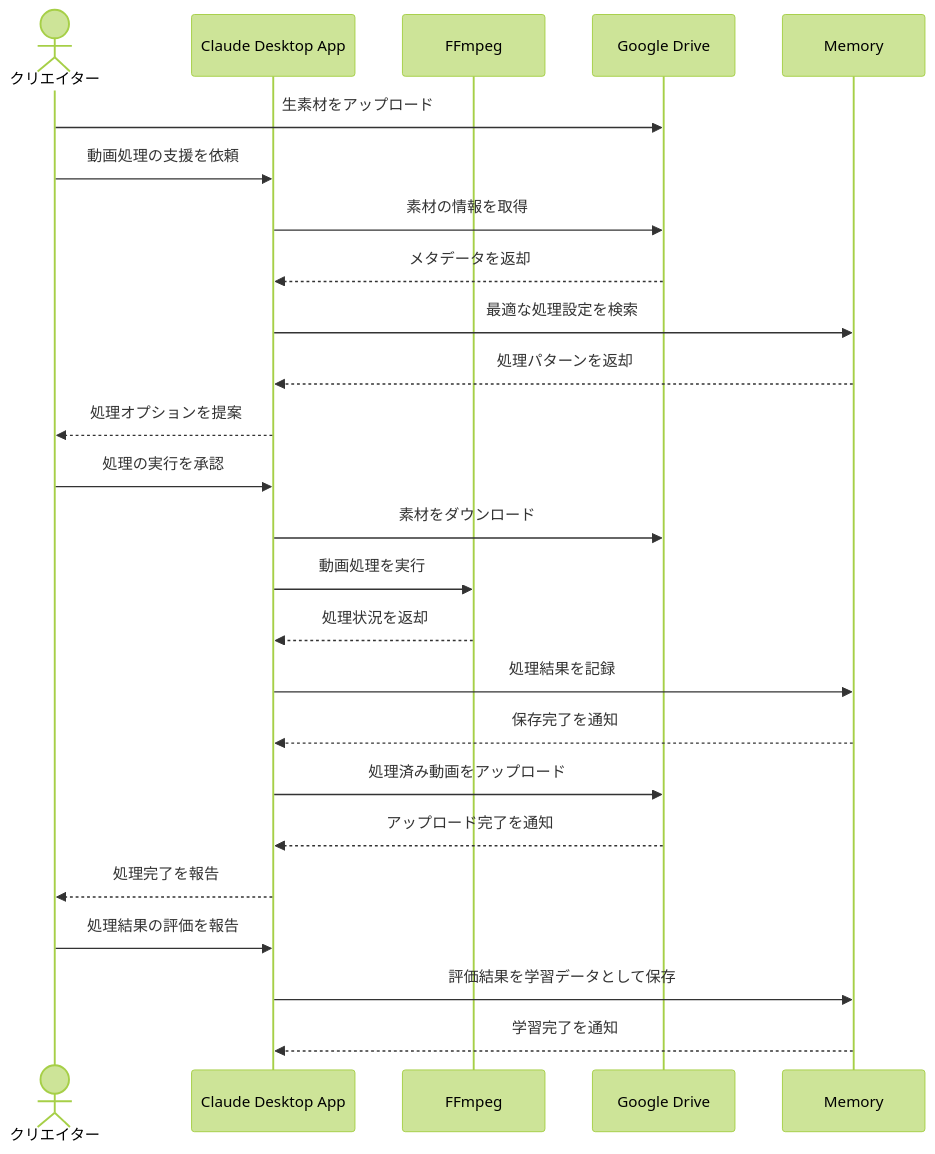
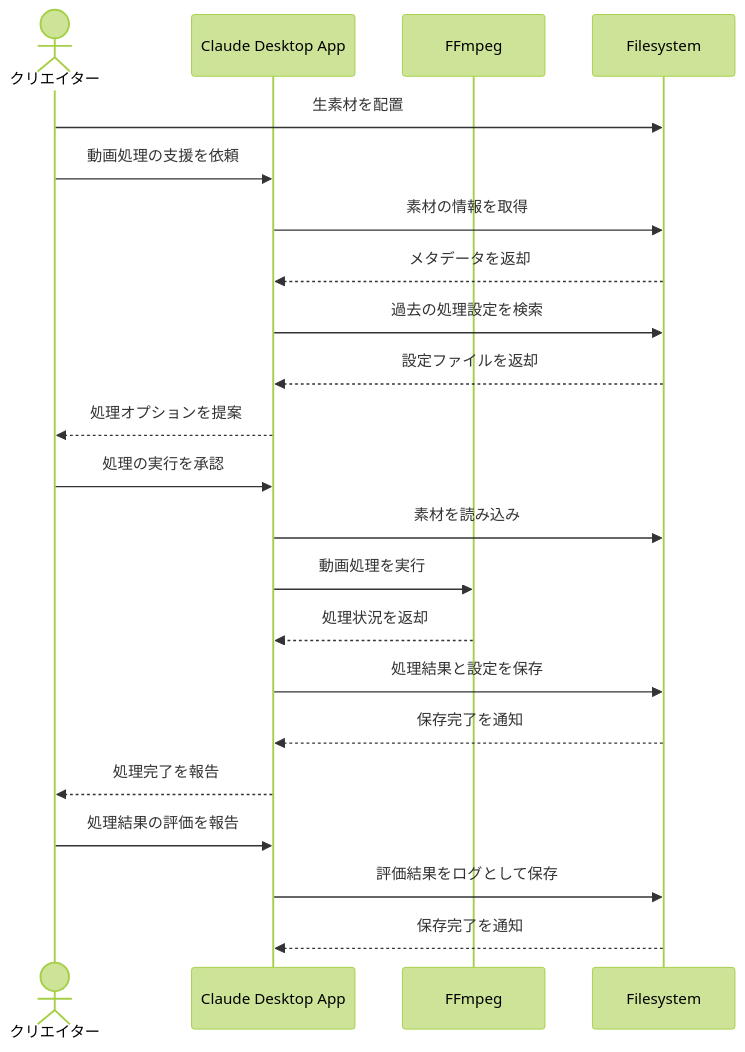
Before and after one commit to po-shu/mcp-100-ideas: the diagram in docs/05_SNS発信/動画編集の作業効率を改善する.md, drawn with Mermaid (forest theme). The commit also changed other lines of this file and 3 other files, not shown here.

````diff
--- a/docs/05_SNS発信/動画編集の作業効率を改善する.md
+++ b/docs/05_SNS発信/動画編集の作業効率を改善する.md
@@ -17,28 +16,25 @@
 ```mermaid
 sequenceDiagram
     actor User as クリエイター
     participant CAP as Claude Desktop App
     participant FFmpeg as FFmpeg
-    participant GDrive as Google Drive
-    participant Memory as Memory
+    participant FS as Filesystem
 
-    User->>GDrive: 生素材をアップロード
+    User->>FS: 生素材を配置
     User->>CAP: 動画処理の支援を依頼
-    CAP->>GDrive: 素材の情報を取得
-    GDrive-->>CAP: メタデータを返却
-    CAP->>Memory: 最適な処理設定を検索
-    Memory-->>CAP: 処理パターンを返却
+    CAP->>FS: 素材の情報を取得
+    FS-->>CAP: メタデータを返却
+    CAP->>FS: 過去の処理設定を検索
+    FS-->>CAP: 設定ファイルを返却
     CAP-->>User: 処理オプションを提案
     User->>CAP: 処理の実行を承認
-    CAP->>GDrive: 素材をダウンロード
+    CAP->>FS: 素材を読み込み
     CAP->>FFmpeg: 動画処理を実行
     FFmpeg-->>CAP: 処理状況を返却
-    CAP->>Memory: 処理結果を記録
-    Memory-->>CAP: 保存完了を通知
-    CAP->>GDrive: 処理済み動画をアップロード
-    GDrive-->>CAP: アップロード完了を通知
+    CAP->>FS: 処理結果と設定を保存
+    FS-->>CAP: 保存完了を通知
     CAP-->>User: 処理完了を報告
     User->>CAP: 処理結果の評価を報告
-    CAP->>Memory: 評価結果を学習データとして保存
-    Memory-->>CAP: 学習完了を通知
+    CAP->>FS: 評価結果をログとして保存
+    FS-->>CAP: 保存完了を通知
 ```
````
